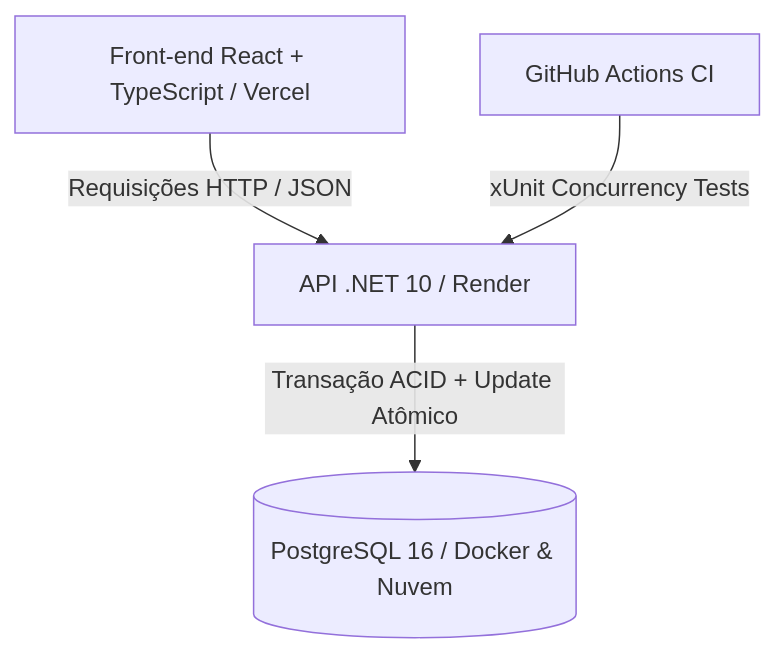
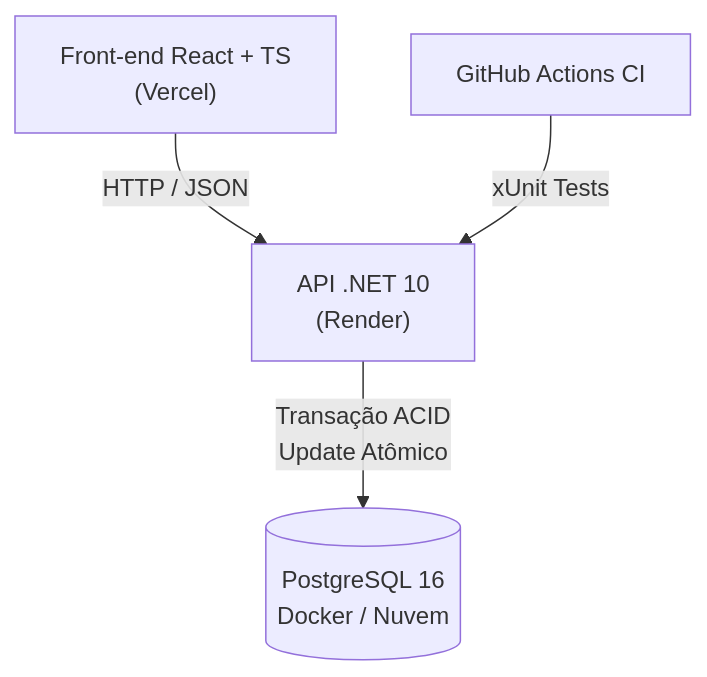
Before and after one commit to MAD-Dcoder/stock-guard: the diagram in README.md, drawn with Mermaid.

Commit message:
docs: fix mermaid diagram text wrapping in README

````diff
--- a/README.md
+++ b/README.md
@@ -17,6 +17,6 @@
 ```mermaid
 graph TD
-    A[Front-end React + TypeScript / Vercel] -->|Requisições HTTP / JSON| B[API .NET 10 / Render]
-    B -->|Transação ACID + Update Atômico| C[(PostgreSQL 16 / Docker & Nuvem)]
-    D[GitHub Actions CI] -->|xUnit Concurrency Tests| B
+    A["Front-end React + TS<br/>(Vercel)"] -->|HTTP / JSON| B["API .NET 10<br/>(Render)"]
+    B -->|"Transação ACID<br/>Update Atômico"| C[("PostgreSQL 16<br/>Docker / Nuvem")]
+    D["GitHub Actions CI"] -->|xUnit Tests| B
 ```
````
